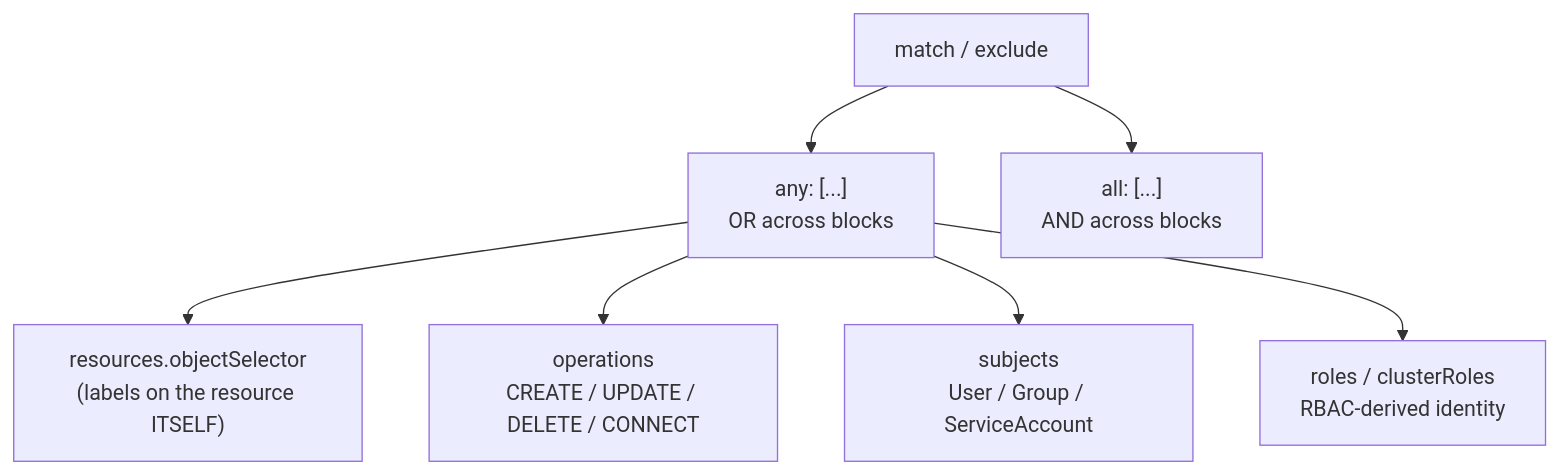
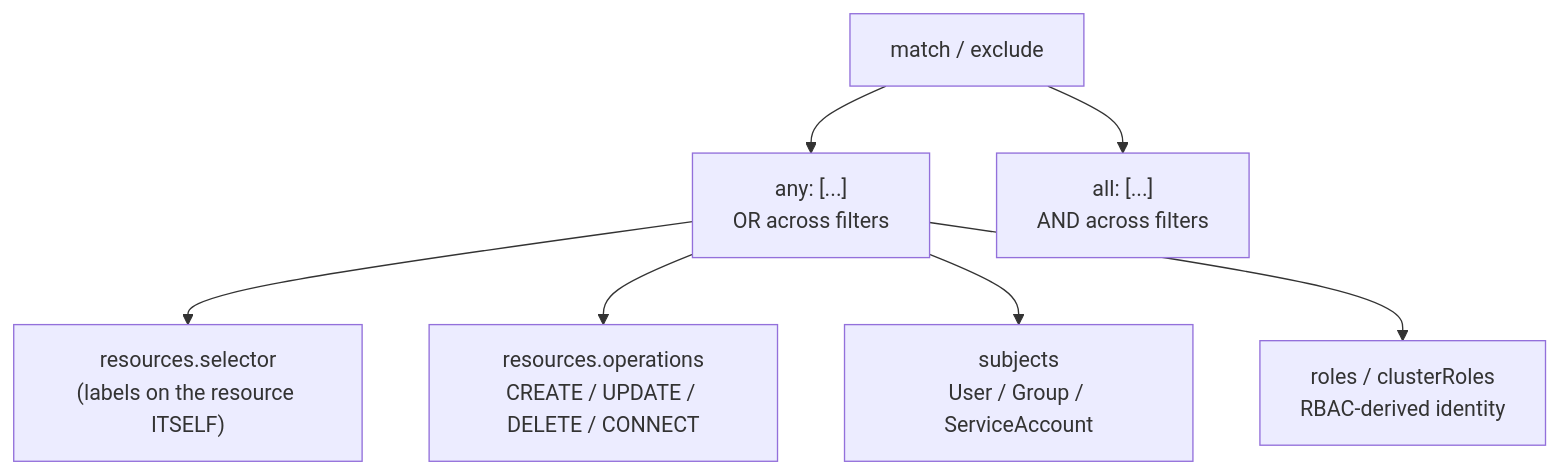
Before and after one commit to astrona-io/ATS010: the diagram in sections/section-020/module-02/course.md, drawn with Mermaid. The commit also changed other lines of this file and 388 other files, not shown here.

````diff
--- a/sections/section-020/module-02/course.md
+++ b/sections/section-020/module-02/course.md
@@ -5,9 +7,9 @@
 ```mermaid
 flowchart TD
-    A["match / exclude"] --> B["any: [...]<br/>OR across blocks"]
-    A --> C["all: [...]<br/>AND across blocks"]
-    B --> D["resources.objectSelector<br/>(labels on the resource ITSELF)"]
-    B --> E["operations<br/>CREATE / UPDATE / DELETE / CONNECT"]
+    A["match / exclude"] --> B["any: [...]<br/>OR across filters"]
+    A --> C["all: [...]<br/>AND across filters"]
+    B --> D["resources.selector<br/>(labels on the resource ITSELF)"]
+    B --> E["resources.operations<br/>CREATE / UPDATE / DELETE / CONNECT"]
     B --> F["subjects<br/>User / Group / ServiceAccount"]
     B --> G["roles / clusterRoles<br/>RBAC-derived identity"]
 ```
````
